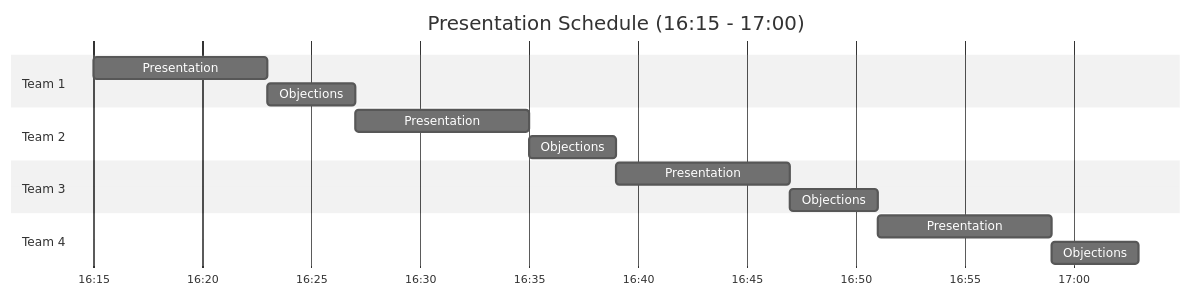
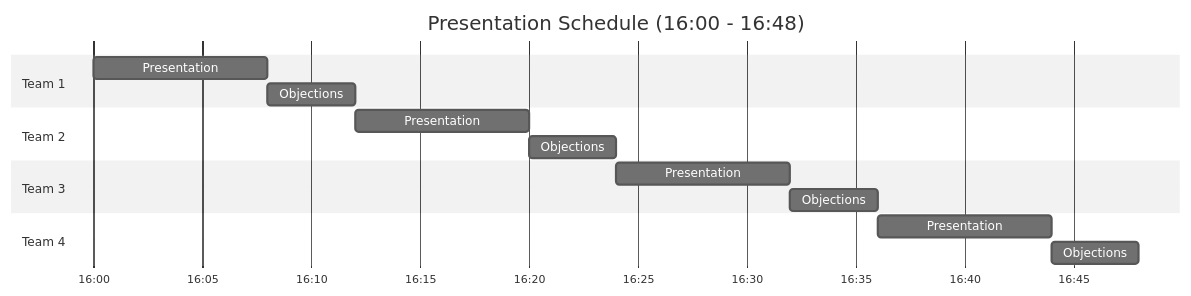
One commit to jonathan-vella/azure-migrate-wds changed the diagram in challenges/challenge-7-presentation.md. Above: the diagram before and after it, drawn with Mermaid (neutral theme). The commit also changed other lines of this file and 6 other files, not shown here.

````diff
--- a/challenges/challenge-7-presentation.md
+++ b/challenges/challenge-7-presentation.md
@@ -134,22 +134,22 @@
 ```mermaid
 gantt
-    title Presentation Schedule (16:15 - 17:00)
+    title Presentation Schedule (16:00 - 16:48)
     dateFormat HH:mm
     axisFormat %H:%M
     
     section Team 1
-    Presentation    :t1p, 16:15, 8m
+    Presentation    :t1p, 16:00, 8m
     Objections      :t1o, after t1p, 4m
     
     section Team 2
-    Presentation    :t2p, 16:27, 8m
+    Presentation    :t2p, 16:12, 8m
     Objections      :t2o, after t2p, 4m
     
     section Team 3
-    Presentation    :t3p, 16:39, 8m
+    Presentation    :t3p, 16:24, 8m
     Objections      :t3o, after t3p, 4m
     
     section Team 4
-    Presentation    :t4p, 16:51, 8m
+    Presentation    :t4p, 16:36, 8m
     Objections      :t4o, after t4p, 4m
 ```
````
